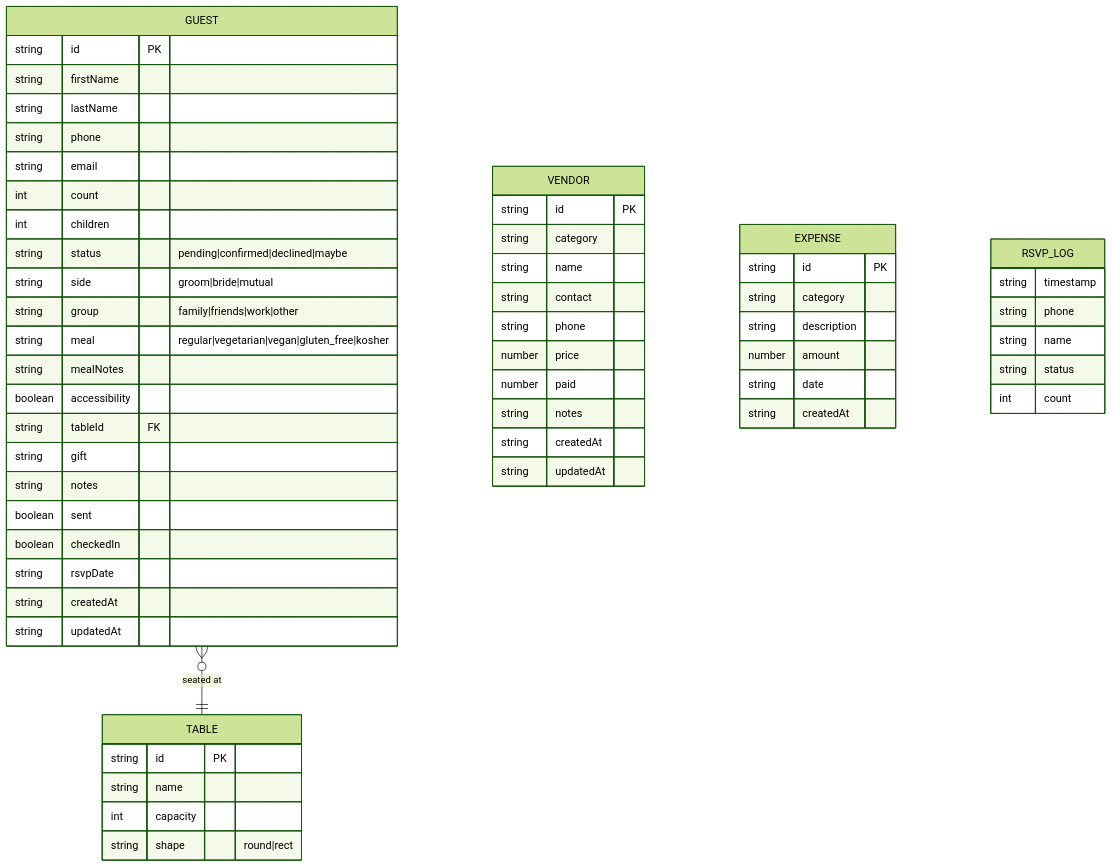
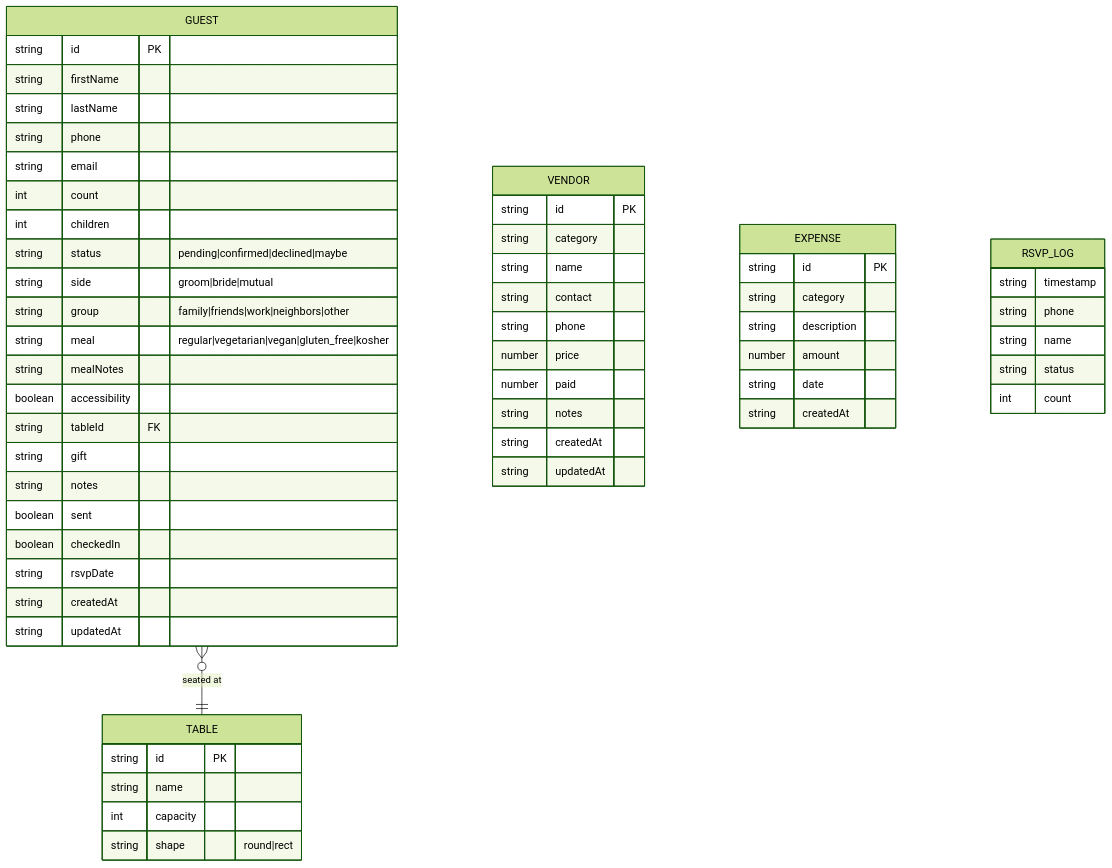
The fifth of 6 diagrams in ARCHITECTURE.md (RajwanYair/Wedding), drawn with Mermaid (forest theme) before and after one commit. The commit also changed other lines of this file and 46 other files, not shown here.

````diff
--- a/ARCHITECTURE.md
+++ b/ARCHITECTURE.md
@@ -222,60 +222,60 @@
 ```mermaid
 erDiagram
     GUEST {
         string id PK
         string firstName
         string lastName
         string phone
         string email
         int count
         int children
         string status "pending|confirmed|declined|maybe"
         string side "groom|bride|mutual"
-        string group "family|friends|work|other"
+        string group "family|friends|work|neighbors|other"
         string meal "regular|vegetarian|vegan|gluten_free|kosher"
         string mealNotes
         boolean accessibility
         string tableId FK
         string gift
         string notes
         boolean sent
         boolean checkedIn
         string rsvpDate
         string createdAt
         string updatedAt
     }
     TABLE {
         string id PK
         string name
         int capacity
         string shape "round|rect"
     }
     VENDOR {
         string id PK
         string category
         string name
         string contact
         string phone
         number price
         number paid
         string notes
         string createdAt
         string updatedAt
     }
     EXPENSE {
         string id PK
         string category
         string description
         number amount
         string date
         string createdAt
     }
     RSVP_LOG {
         string timestamp
         string phone
         string name
         string status
         int count
     }
     GUEST }o--|| TABLE : "seated at"
 ```
````
